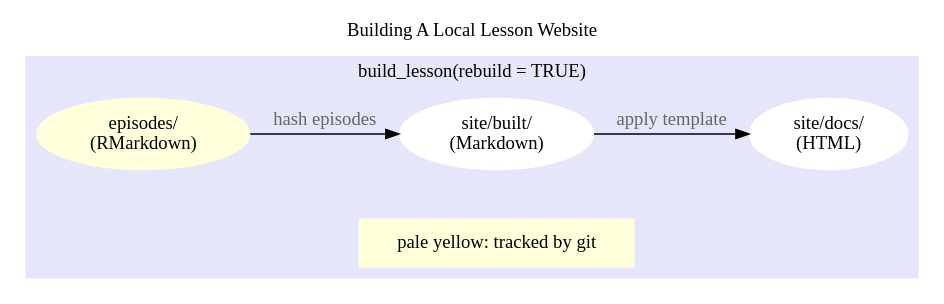
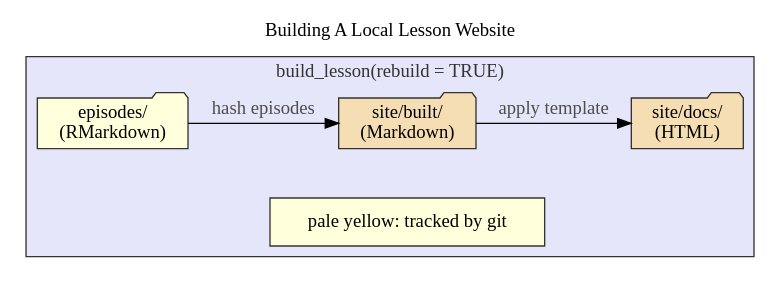
One commit to zkamvar/stunning-barnacle changed the diagram in img/local-flow.dot. Above: the diagram before and after it, drawn with Graphviz. The commit also changed 2 other files, not shown here.

```diff
--- a/img/local-flow.dot
+++ b/img/local-flow.dot
@@ -1,23 +1,24 @@
 digraph G {
     label="Building A Local Lesson Website"
     labelloc="t"
-    edge [fontname="Courrier" fontcolor="#666666"]
+    edge [fontname="Courrier" fontcolor="grey30"]
     subgraph cluster_bs1 {
         style = filled;
-        color = lavender
-        node [style=filled color=white];
-        episodes [label = "episodes/\n(RMarkdown)" color="#ffffdb"]
+        color = grey20;
+        fillcolor = lavender;
+        node [style=filled, shape=folder, fillcolor="wheat", color="grey20"];
+        episodes [label = "episodes/\n(RMarkdown)" fillcolor="#ffffdb"]
         markdown [label = "site/built/\n(Markdown)"]
         html     [label = "site/docs/\n(HTML)"]
 
         episodes -> markdown [label = "hash episodes"];
         markdown -> html     [label = "apply template"]
         label = "build_lesson(rebuild = TRUE)"
         fontname="Courrier"
-        fontcolor="666666"
+        fontcolor="grey20"
         {rank=same; episodes markdown html}
-        n1 [color="#ffffdb", label = "pale yellow: tracked by git" shape=box]
+        n1 [fillcolor="#ffffdb", label = "pale yellow: tracked by git" shape=box]
         markdown -> n1 [style=invis]
     }
 
 }
```
